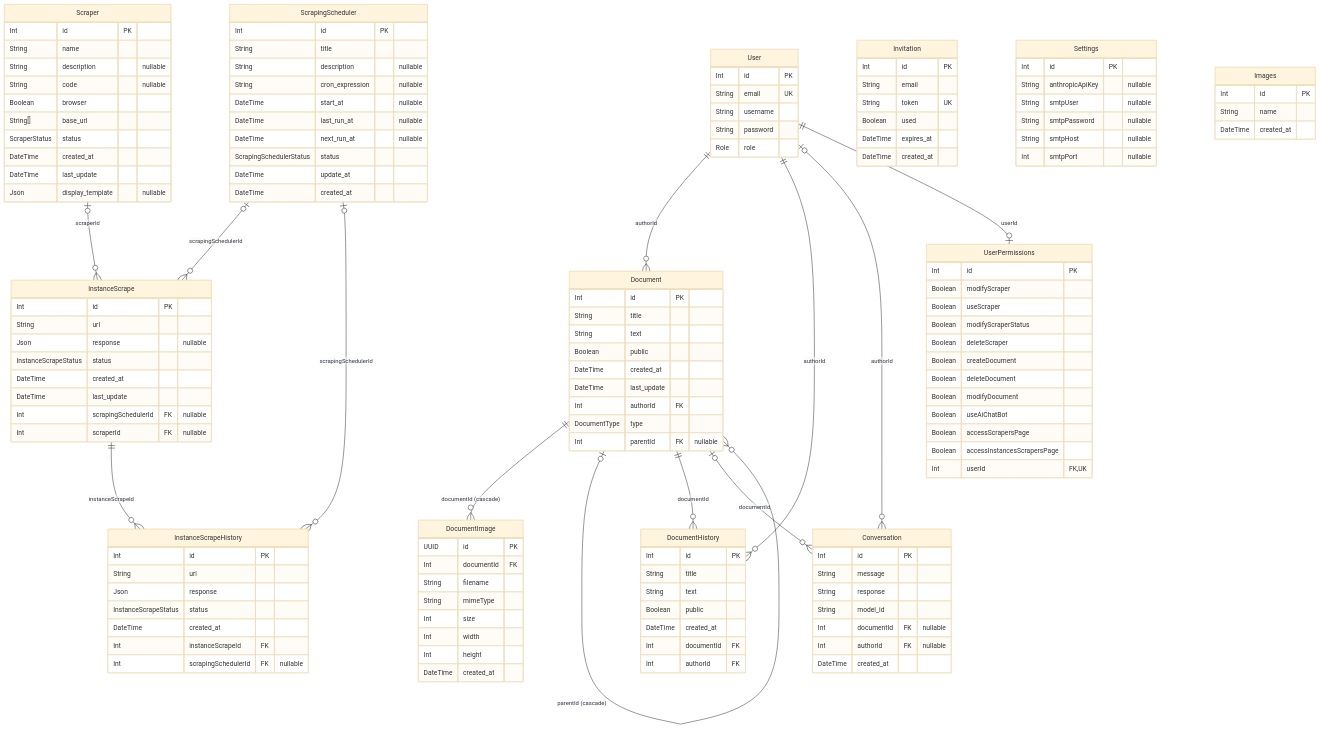
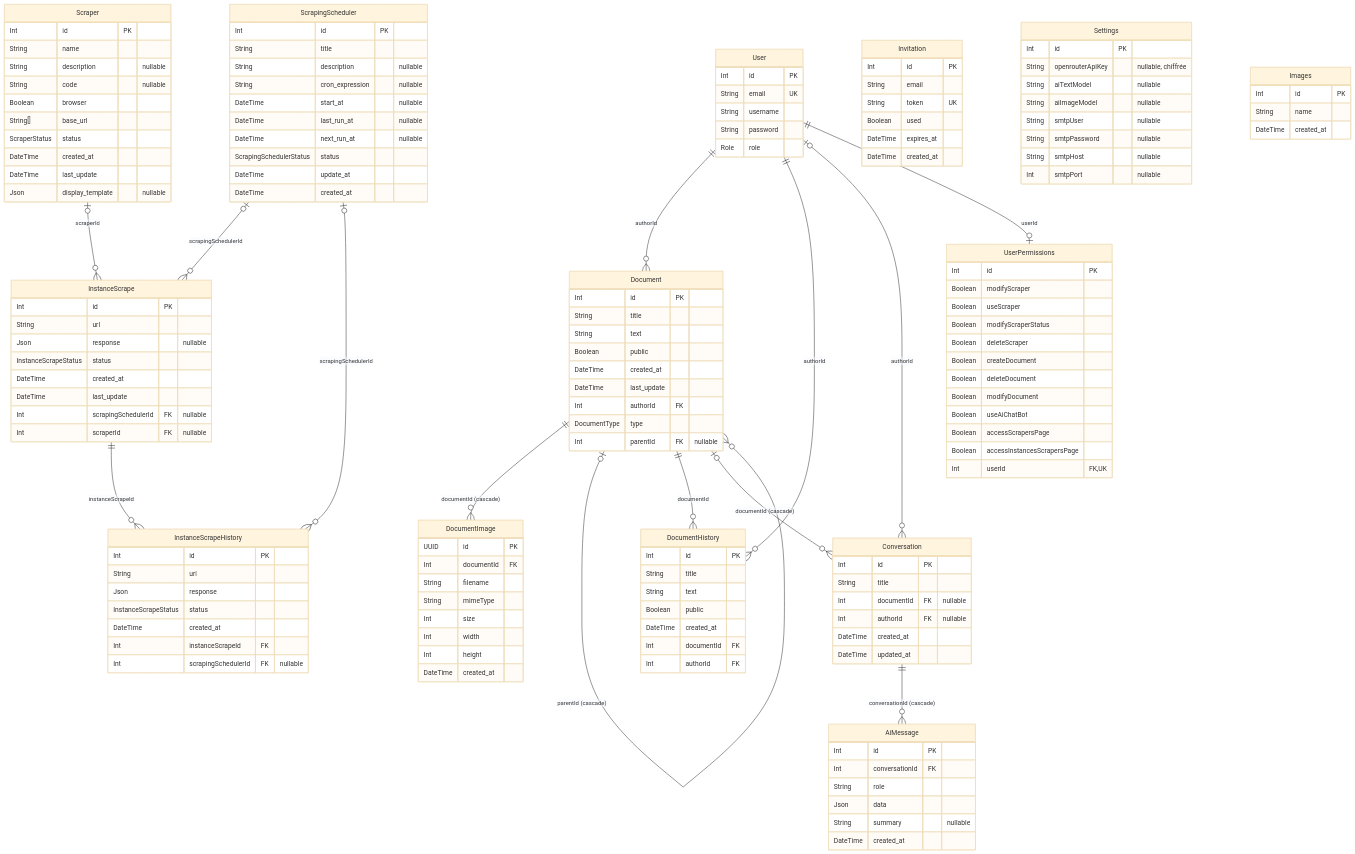
Before and after one commit to Tritounet1/tritou-notes: the diagram in docs/schemas/database/relations.md, drawn with Mermaid (base theme). The commit also changed 6 other files, not shown here.

Commit message:
docs: describe the OpenRouter assistant and its data model

````diff
--- a/docs/schemas/database/relations.md
+++ b/docs/schemas/database/relations.md
@@ -86,11 +86,18 @@
     }
     Conversation {
         Int id PK
-        String message
-        String response
-        String model_id
+        String title
         Int documentId FK "nullable"
         Int authorId FK "nullable"
+        DateTime created_at
+        DateTime updated_at
+    }
+    AiMessage {
+        Int id PK
+        Int conversationId FK
+        String role
+        Json data
+        String summary "nullable"
         DateTime created_at
     }
     UserPermissions {
@@ -117,7 +124,9 @@
     }
     Settings {
         Int id PK
-        String anthropicApiKey "nullable"
+        String openrouterApiKey "nullable, chiffrée"
+        String aiTextModel "nullable"
+        String aiImageModel "nullable"
         String smtpUser "nullable"
         String smtpPassword "nullable"
         String smtpHost "nullable"
@@ -137,7 +146,8 @@
     Scraper |o--o{ InstanceScrape : scraperId
     InstanceScrape ||--o{ InstanceScrapeHistory : instanceScrapeId
     ScrapingScheduler |o--o{ InstanceScrapeHistory : scrapingSchedulerId
-    Document |o--o{ Conversation : documentId
+    Document |o--o{ Conversation : "documentId (cascade)"
+    Conversation ||--o{ AiMessage : "conversationId (cascade)"
     User |o--o{ Conversation : authorId
     User ||--o| UserPermissions : userId
 ```
````
